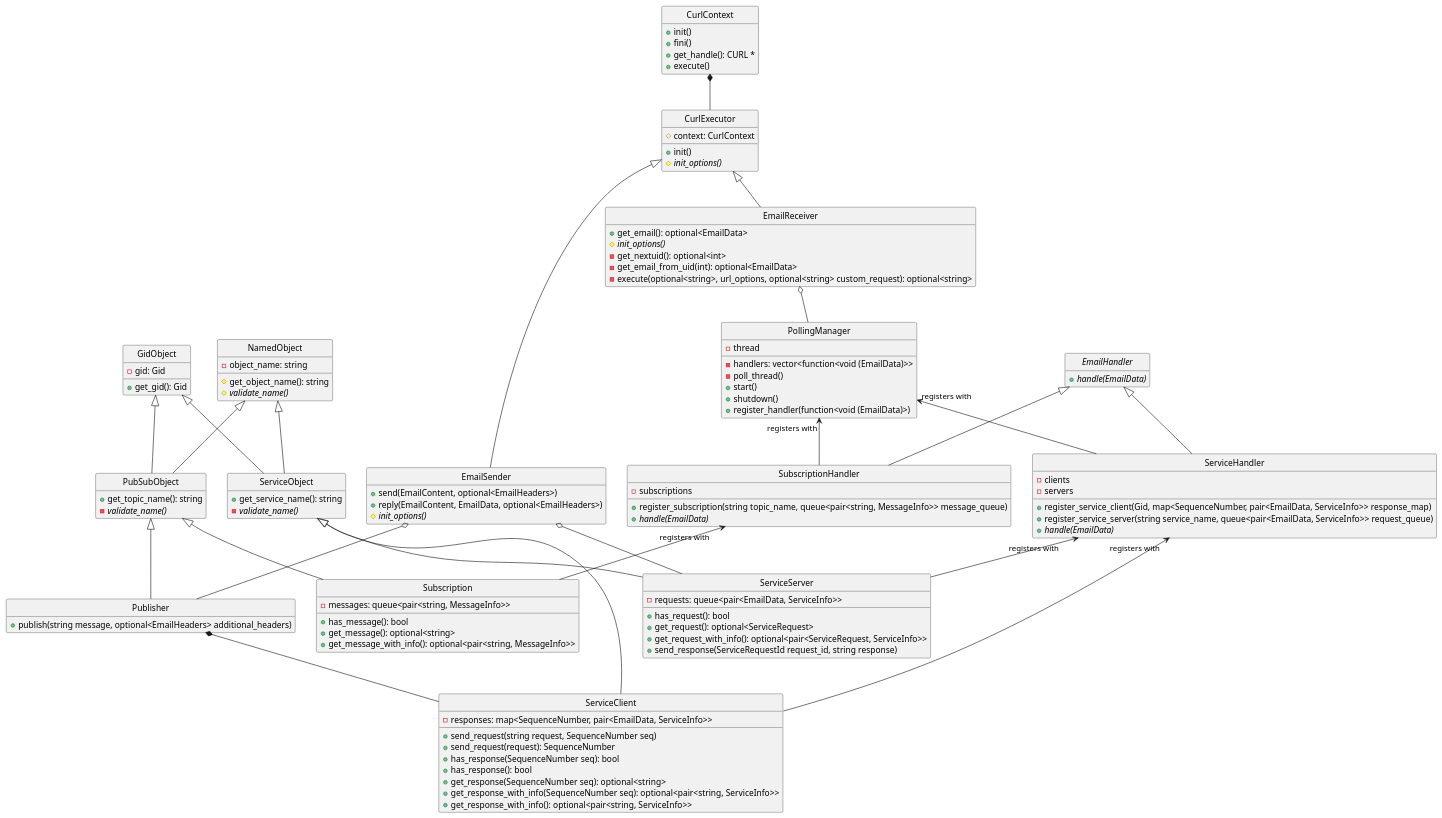
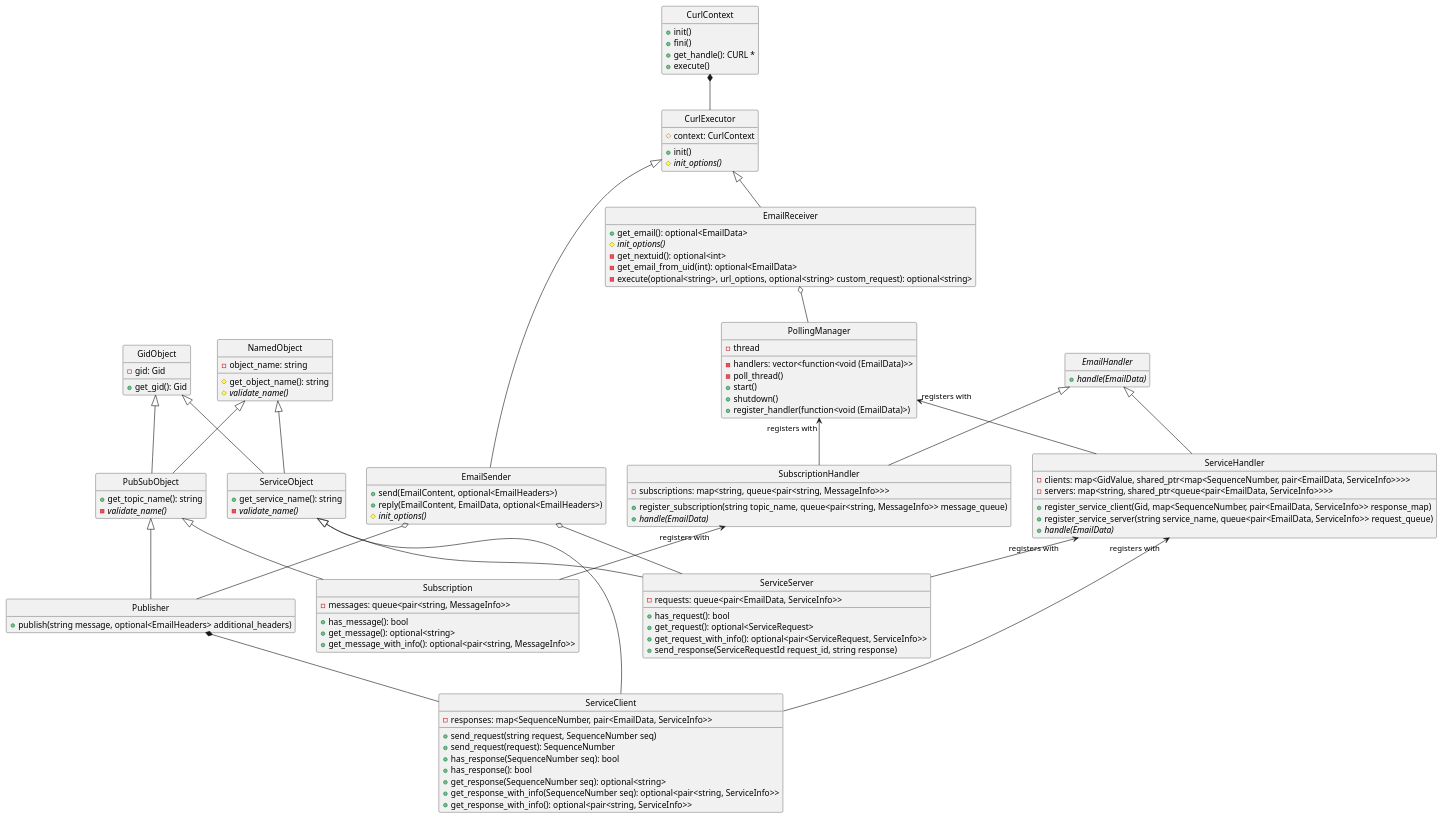
The first of 4 diagrams in email/doc/design.md (christophebedard/rmw_email), drawn with PlantUML before and after one commit.

Commit message:
Add type info for subscriptions/clients/servers in *Handler

```diff
--- a/email/doc/design.md
+++ b/email/doc/design.md
@@ -148,7 +148,7 @@
 
 
 class SubscriptionHandler {
-   -subscriptions
+   -subscriptions: map<string, queue<pair<string, MessageInfo>>>
    +register_subscription(string topic_name, queue<pair<string, MessageInfo>> message_queue)
    +handle(EmailData) {abstract}
 }
@@ -156,8 +156,8 @@
 PollingManager "registers with" <-- SubscriptionHandler
 
 class ServiceHandler {
-   -clients
-   -servers
+   -clients: map<GidValue, shared_ptr<map<SequenceNumber, pair<EmailData, ServiceInfo>>>>
+   -servers: map<string, shared_ptr<queue<pair<EmailData, ServiceInfo>>>>
    +register_service_client(Gid, map<SequenceNumber, pair<EmailData, ServiceInfo>> response_map)
    +register_service_server(string service_name, queue<pair<EmailData, ServiceInfo>> request_queue)
    +handle(EmailData) {abstract}
```
